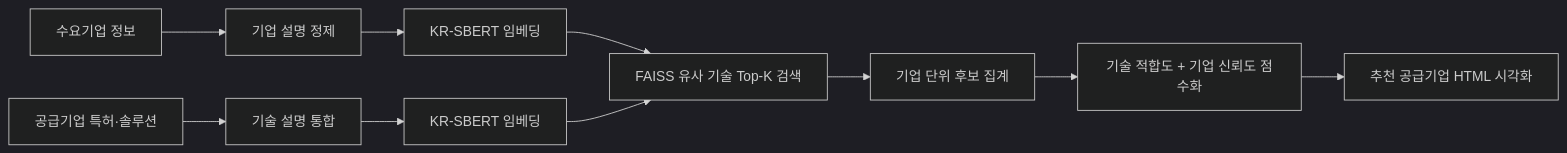
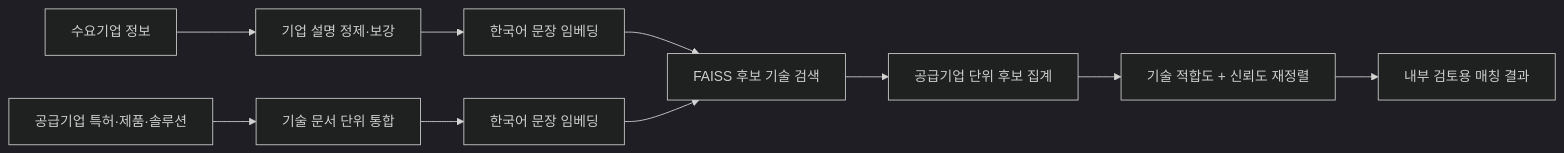
One commit to scnelMG/manufacturing-dx-matching changed the diagram in README.md. Above: the diagram before and after it, drawn with Mermaid (dark theme). The commit also changed other lines of this file and 22 other files, not shown here.

````diff
--- a/README.md
+++ b/README.md
@@ -43,12 +41,12 @@
 ```mermaid
 flowchart LR
-    A["수요기업 정보"] --> B["기업 설명 정제"]
-    C["공급기업 특허·솔루션"] --> D["기술 설명 통합"]
-    B --> E["KR-SBERT 임베딩"]
-    D --> F["KR-SBERT 임베딩"]
-    E --> G["FAISS 유사 기술 Top-K 검색"]
+    A["수요기업 정보"] --> B["기업 설명 정제·보강"]
+    C["공급기업 특허·제품·솔루션"] --> D["기술 문서 단위 통합"]
+    B --> E["한국어 문장 임베딩"]
+    D --> F["한국어 문장 임베딩"]
+    E --> G["FAISS 후보 기술 검색"]
     F --> G
-    G --> H["기업 단위 후보 집계"]
-    H --> I["기술 적합도 + 기업 신뢰도 점수화"]
-    I --> J["추천 공급기업 HTML 시각화"]
+    G --> H["공급기업 단위 후보 집계"]
+    H --> I["기술 적합도 + 신뢰도 재정렬"]
+    I --> J["내부 검토용 매칭 결과"]
 ```
````
